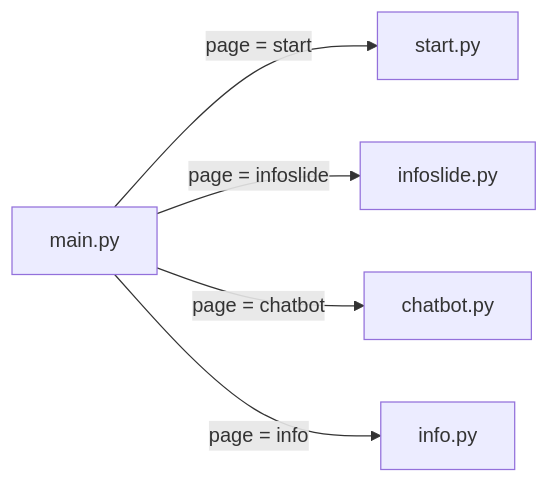
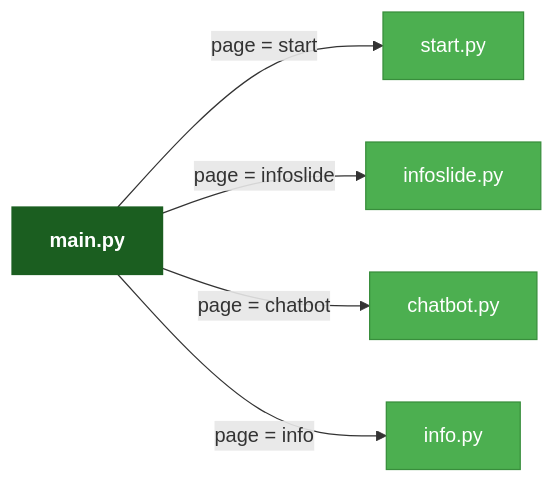
One commit to young017/VEGAN changed the first of 3 diagrams in README.md. Above: the diagram before and after it, drawn with Mermaid. The commit also changed other lines of this file, not shown here.

````diff
--- a/README.md
+++ b/README.md
@@ -31,7 +31,9 @@
 ```mermaid
 graph LR
-    A[main.py] -->|page = start| B[start.py]
-    A -->|page = infoslide| C[infoslide.py]
-    A -->|page = chatbot| D[chatbot.py]
-    A -->|page = info| E[info.py]
+    classDef main fill:#1b5e20,stroke:#1b5e20,color:#fff,font-weight:bold
+    classDef module fill:#4CAF50,stroke:#388E3C,color:#fff
+    A[main.py]:::main -->|page = start| B[start.py]:::module
+    A -->|page = infoslide| C[infoslide.py]:::module
+    A -->|page = chatbot| D[chatbot.py]:::module
+    A -->|page = info| E[info.py]:::module
 ```
````
